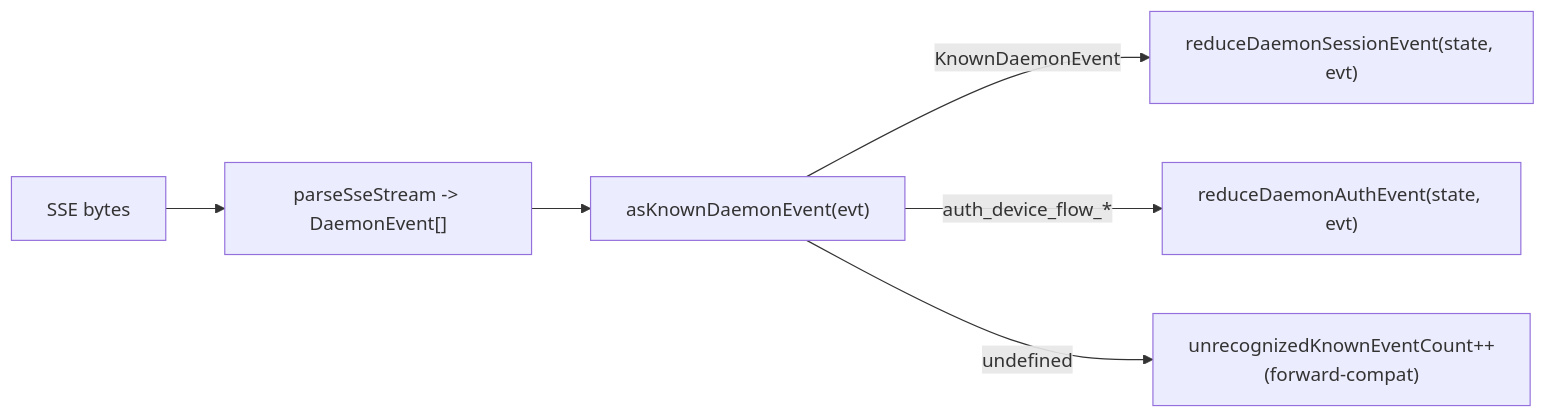
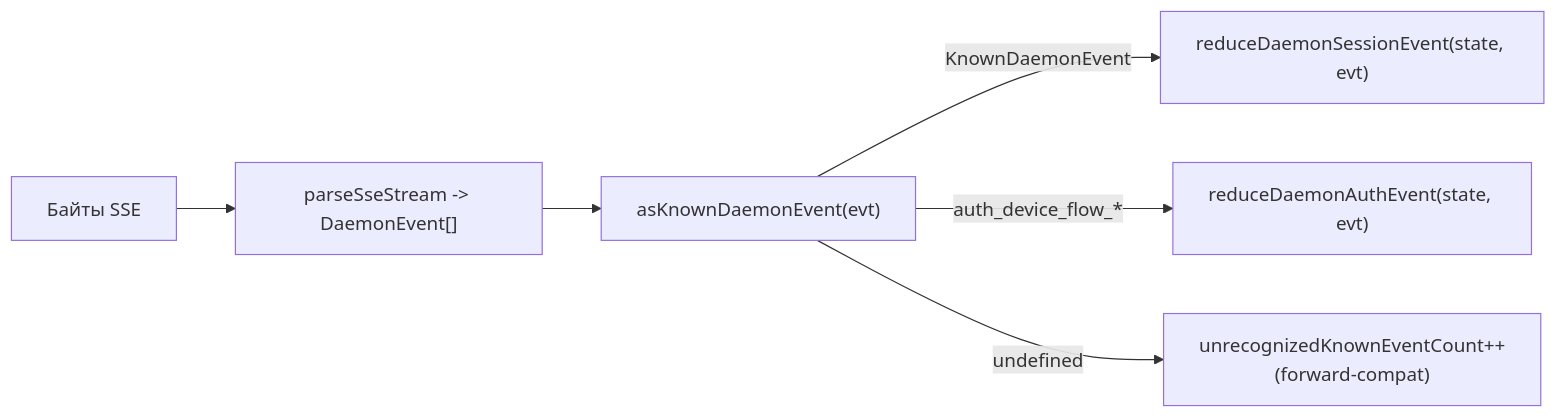
Before and after one commit to QwenLM/qwen-code-docs: the second of 2 diagrams in website/content/ru/developers/daemon/09-event-schema.md, drawn with Mermaid. The commit also changed other lines of this file and 162 other files, not shown here.

````diff
--- a/website/content/ru/developers/daemon/09-event-schema.md
+++ b/website/content/ru/developers/daemon/09-event-schema.md
@@ -179,8 +193,8 @@
 ```mermaid
 flowchart LR
-    A["SSE bytes"] --> B["parseSseStream -> DaemonEvent[]"]
+    A["Байты SSE"] --> B["parseSseStream -> DaemonEvent[]"]
     B --> C["asKnownDaemonEvent(evt)"]
     C -->|"KnownDaemonEvent"| D["reduceDaemonSessionEvent(state, evt)"]
     C -->|"auth_device_flow_*"| E["reduceDaemonAuthEvent(state, evt)"]
     C -->|"undefined"| F["unrecognizedKnownEventCount++<br/>(forward-compat)"]
 ```
````
